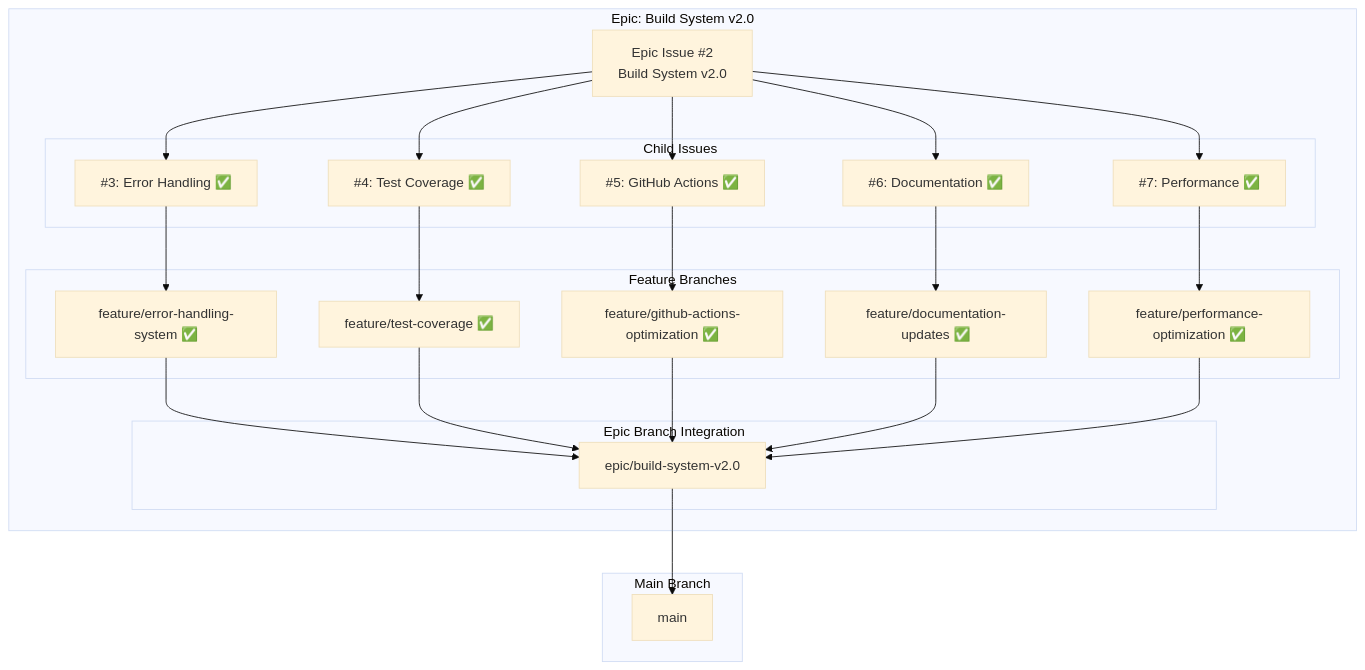
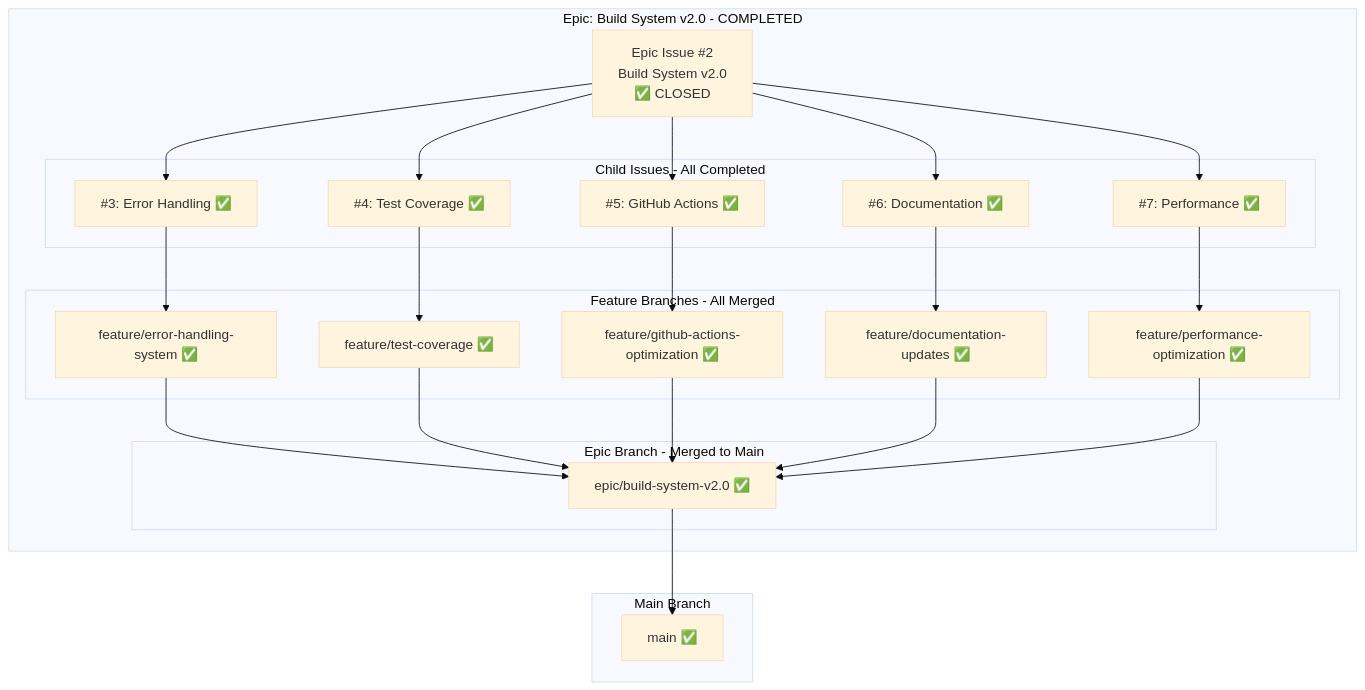
One commit to info-tech-io/hugo-templates changed the first of 3 diagrams in docs/proposals/epic-2-build-system-v2-0/progress.md. Above: the diagram before and after it, drawn with Mermaid (base theme). The commit also changed other lines of this file and 2 other files, not shown here.

First line of the commit message:
docs(issue-14): add design documentation and reproduction plan

````diff
--- a/docs/proposals/epic-2-build-system-v2-0/progress.md
+++ b/docs/proposals/epic-2-build-system-v2-0/progress.md
@@ -5,50 +5,50 @@
 ```mermaid
 graph TB
-    subgraph "Epic: Build System v2.0"
-        E[Epic Issue #2<br/>Build System v2.0]
+    subgraph "Epic: Build System v2.0 - COMPLETED"
+        E[Epic Issue #2<br/>Build System v2.0<br/>✅ CLOSED]
 
-        subgraph "Child Issues"
+        subgraph "Child Issues - All Completed"
             C1[#3: Error Handling ✅]
             C2[#4: Test Coverage ✅]
             C3[#5: GitHub Actions ✅]
             C4[#6: Documentation ✅]
             C5[#7: Performance ✅]
         end
 
-        subgraph "Feature Branches"
+        subgraph "Feature Branches - All Merged"
             F1[feature/error-handling-system ✅]
             F2[feature/test-coverage ✅]
             F3[feature/github-actions-optimization ✅]
             F4[feature/documentation-updates ✅]
             F5[feature/performance-optimization ✅]
         end
 
-        subgraph "Epic Branch Integration"
-            EB[epic/build-system-v2.0]
+        subgraph "Epic Branch - Merged to Main"
+            EB[epic/build-system-v2.0 ✅]
         end
 
         E --> C1
         E --> C2
         E --> C3
         E --> C4
         E --> C5
 
         C1 --> F1
         C2 --> F2
         C3 --> F3
         C4 --> F4
         C5 --> F5
 
         F1 --> EB
         F2 --> EB
         F3 --> EB
         F4 --> EB
         F5 --> EB
     end
 
     subgraph "Main Branch"
-        M[main]
+        M[main ✅]
     end
 
     EB --> M
 ```
````
